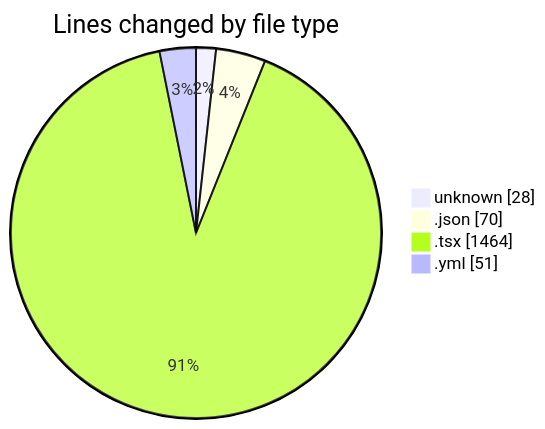
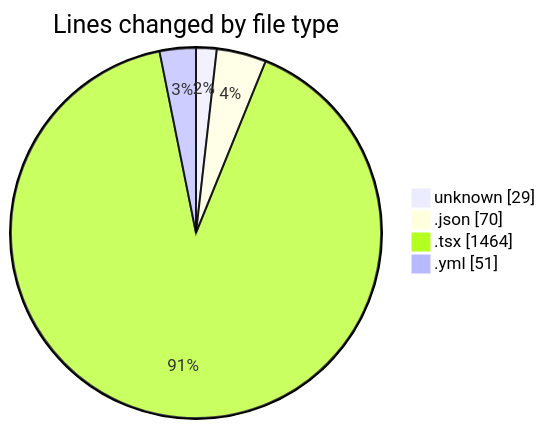
Before and after one commit to robertbonfada/code-tracking: the first of 2 diagrams in 2025-01-14/mbc-web/README.md, drawn with Mermaid. The commit also changed other lines of this file and 1 other file, not shown here.

````diff
--- a/2025-01-14/mbc-web/README.md
+++ b/2025-01-14/mbc-web/README.md
@@ -35,8 +35,8 @@
 ```mermaid
 pie showData
 title Lines changed by file type
-"unknown" : 28
+"unknown" : 29
 ".json" : 70
 ".tsx" : 1464
 ".yml" : 51
 ```
````
